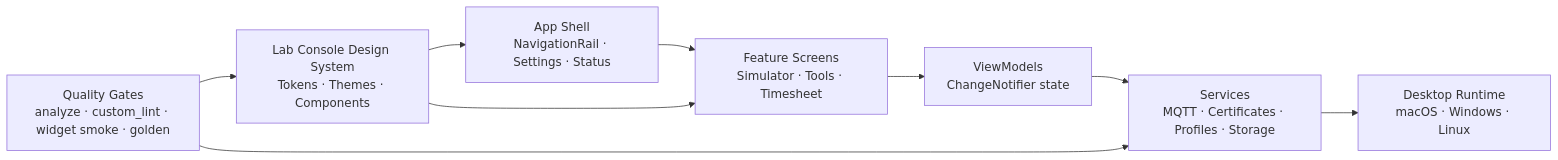
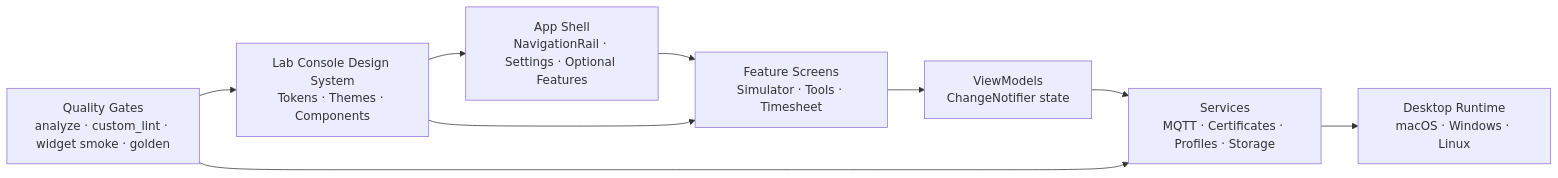
The diagram in README.md (bcblr1993/iot_devkit_flutter), drawn with Mermaid before and after one commit. The commit also changed other lines of this file and 25 other files, not shown here.

````diff
--- a/README.md
+++ b/README.md
@@ -85,11 +86,11 @@
 ```mermaid
 flowchart LR
-  Shell["App Shell\nNavigationRail · Settings · Status"] --> Screens["Feature Screens\nSimulator · Tools · Timesheet"]
+  Shell["App Shell\nNavigationRail · Settings · Optional Features"] --> Screens["Feature Screens\nSimulator · Tools · Timesheet"]
   Screens --> ViewModels["ViewModels\nChangeNotifier state"]
   ViewModels --> Services["Services\nMQTT · Certificates · Profiles · Storage"]
   Services --> Runtime["Desktop Runtime\nmacOS · Windows · Linux"]
   Design["Lab Console Design System\nTokens · Themes · Components"] --> Shell
   Design --> Screens
   Tests["Quality Gates\nanalyze · custom_lint · widget smoke · golden"] --> Design
   Tests --> Services
 ```
````
